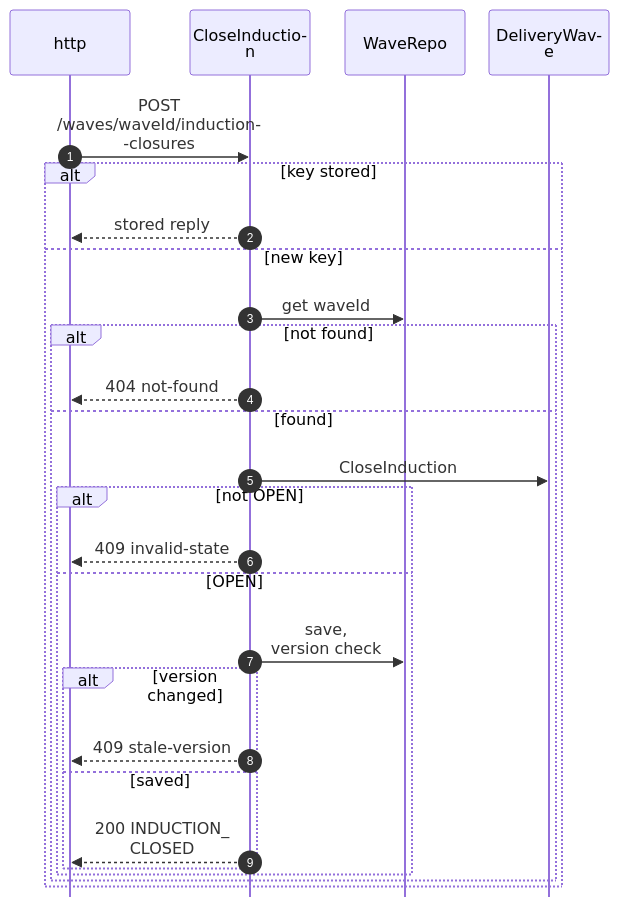
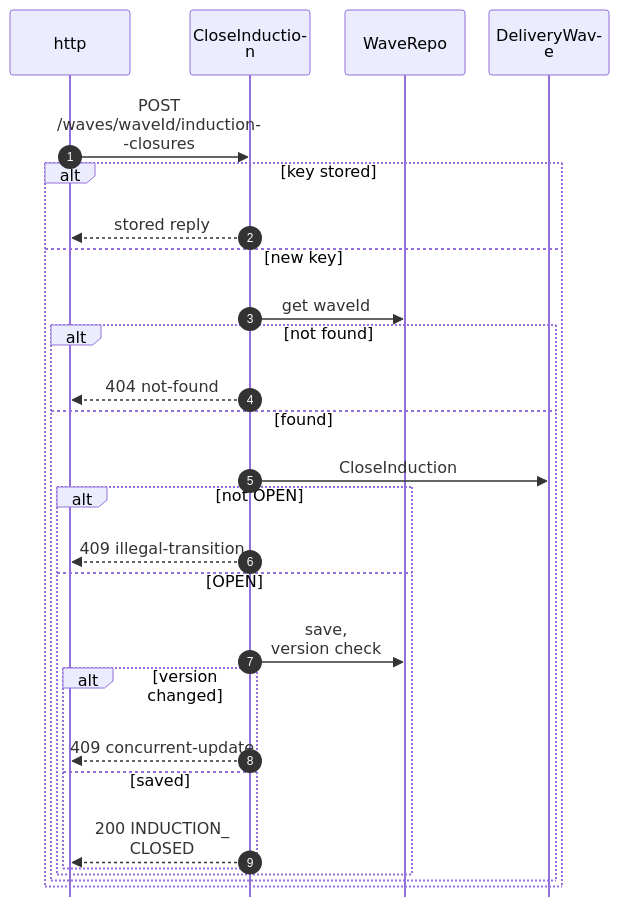
One commit to IQVO/warehouse-docs changed the third of 11 diagrams in network/docs/contexts/last-mile-delivery/sequence-diagrams.md. Above: the diagram before and after it, drawn with Mermaid. The commit also changed other lines of this file and 7 other files, not shown here.

````diff
--- a/network/docs/contexts/last-mile-delivery/sequence-diagrams.md
+++ b/network/docs/contexts/last-mile-delivery/sequence-diagrams.md
@@ -127,30 +135,30 @@
 ```mermaid
 %%{init: {"sequence": {"wrap": true, "width": 120, "actorMargin": 24, "messageMargin": 28, "boxMargin": 6, "noteMargin": 6, "mirrorActors": false}}}%%
 sequenceDiagram
     autonumber
     participant HTTP as http
     participant UC as CloseInduction
     participant REPO as WaveRepo
     participant AGG as DeliveryWave
     HTTP->>UC: POST /waves/waveId/induction-closures
     alt key stored
         UC-->>HTTP: stored reply
     else new key
         UC->>REPO: get waveId
         alt not found
             UC-->>HTTP: 404 not-found
         else found
             UC->>AGG: CloseInduction
             alt not OPEN
-                UC-->>HTTP: 409 invalid-state
+                UC-->>HTTP: 409 illegal-transition
             else OPEN
                 UC->>REPO: save,<br/>version check
                 alt version changed
-                    UC-->>HTTP: 409 stale-version
+                    UC-->>HTTP: 409 concurrent-update
                 else saved
                     UC-->>HTTP: 200 INDUCTION_<br/>CLOSED
                 end
             end
         end
     end
 ```
````
